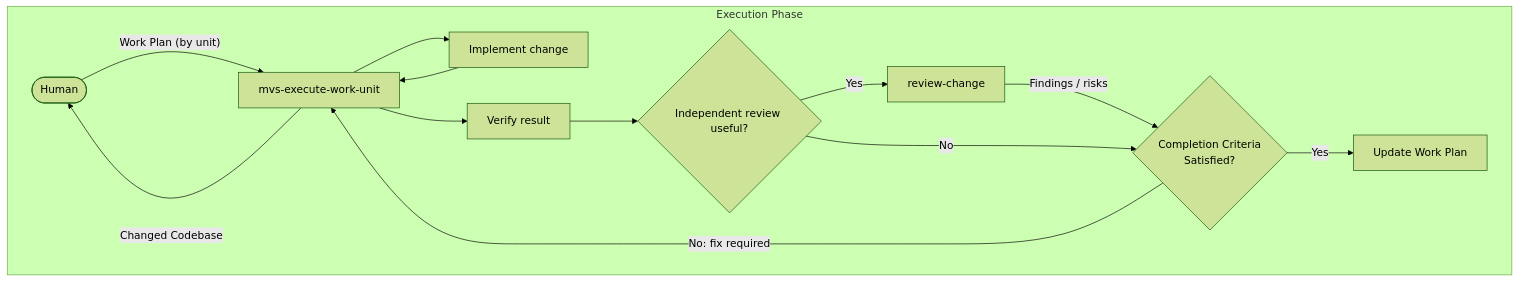
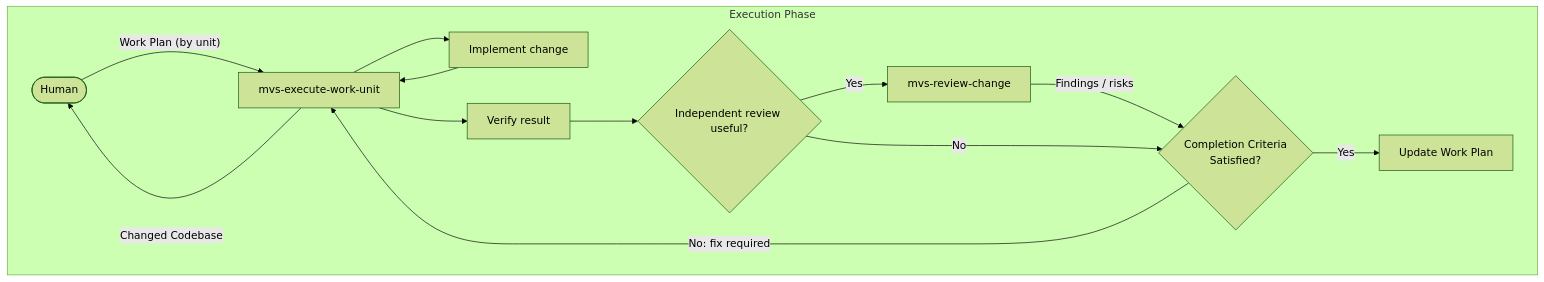
One commit to masa-kjm/marvis-dev changed the second of 2 diagrams in docs/README.md. Above: the diagram before and after it, drawn with Mermaid (forest theme). The commit also changed other lines of this file and 3 other files, not shown here.

````diff
--- a/docs/README.md
+++ b/docs/README.md
@@ -48,24 +49,24 @@
 ```mermaid
 flowchart TD
   subgraph Execution["Execution Phase"]
     Caller(["Human"])
     ExecuteWU["mvs-execute-work-unit"]
     Implement["Implement change"]
     Verify["Verify result"]
     ReviewChoice{"Independent review useful?"}
-    Reviewer["review-change"]
+    Reviewer["mvs-review-change"]
     Decision{"Completion Criteria<br/>Satisfied?"}
     Update["Update Work Plan"]
   end
 
   Caller -->|"Work Plan (by unit)"| ExecuteWU
   ExecuteWU -->|Changed Codebase| Caller
   ExecuteWU --> Implement
   ExecuteWU --> Verify --> ReviewChoice
   Implement --> ExecuteWU
   ReviewChoice -->|Yes| Reviewer -->|Findings / risks| Decision
   ReviewChoice -->|No| Decision
 
   Decision -->|No: fix required| ExecuteWU
   Decision -->|Yes| Update
 ```
````
